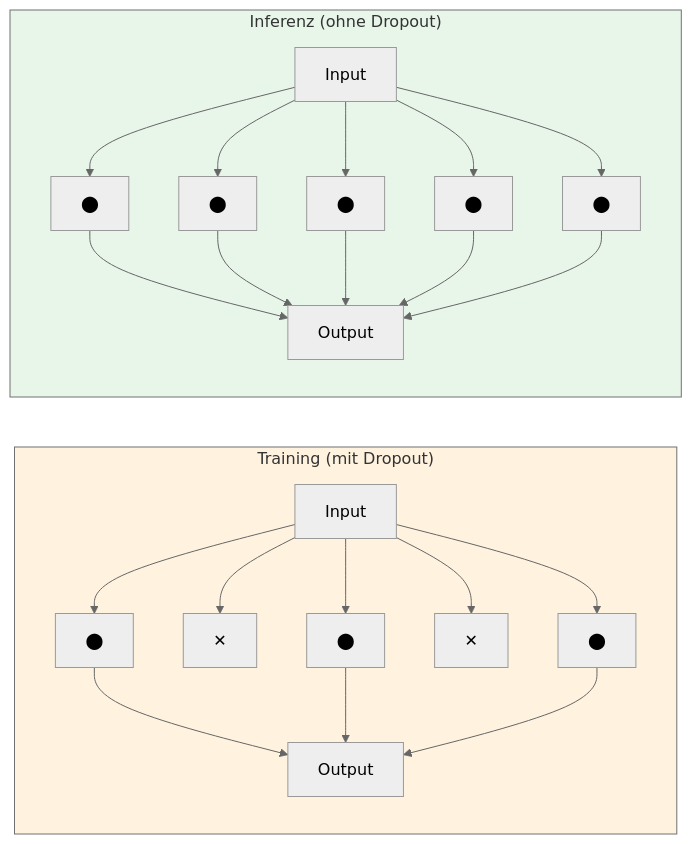
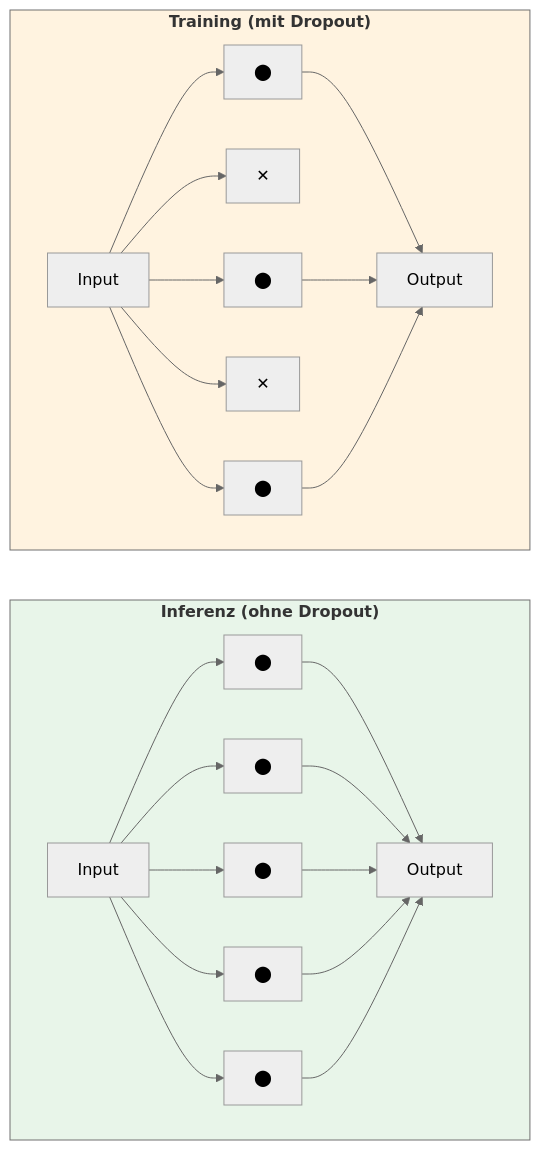
The fourth of 5 diagrams in docs/concepts/evaluate/regularisierung.md (ralf-42/ML_Intro), drawn with Mermaid (neutral theme) before and after one commit. The commit also changed other lines of this file and 1 other file, not shown here.

````diff
--- a/docs/concepts/evaluate/regularisierung.md
+++ b/docs/concepts/evaluate/regularisierung.md
@@ -414,29 +416,31 @@
 ```mermaid
-flowchart LR
-    subgraph training["Training (mit Dropout)"]
+flowchart TD
+    subgraph training["<b>Training (mit Dropout)"]
         I1["Input"] --> H1["⬤"]
         I1 --> H2["✕"]
         I1 --> H3["⬤"]
         I1 --> H4["✕"]
         I1 --> H5["⬤"]
         H1 --> O1["Output"]
         H3 --> O1
         H5 --> O1
     end
     
-    subgraph inference["Inferenz (ohne Dropout)"]
+    subgraph inference["<b>Inferenz (ohne Dropout)"]
         I2["Input"] --> H6["⬤"]
         I2 --> H7["⬤"]
         I2 --> H8["⬤"]
         I2 --> H9["⬤"]
         I2 --> H10["⬤"]
         H6 --> O2["Output"]
         H7 --> O2
         H8 --> O2
         H9 --> O2
         H10 --> O2
     end
     
+    training ~~~ inference
+    
     style training fill:#fff3e0
     style inference fill:#e8f5e9
 ```
````
